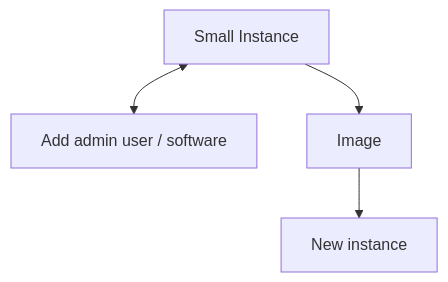
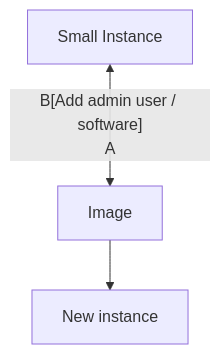
The diagram in getting-started.md (AntibodyEngineers/2024-Antibodies-and-AI), drawn with Mermaid before and after one commit.

````diff
--- a/getting-started.md
+++ b/getting-started.md
@@ -7,7 +7,7 @@
 ```mermaid
     flowchart TD
     
-    A[Small Instance] <--> B[Add admin user / software]
+    A[Small Instance] <-- B[Add admin user / software]
     A-->C[Image] --> D[New instance]
 
 ```
````
